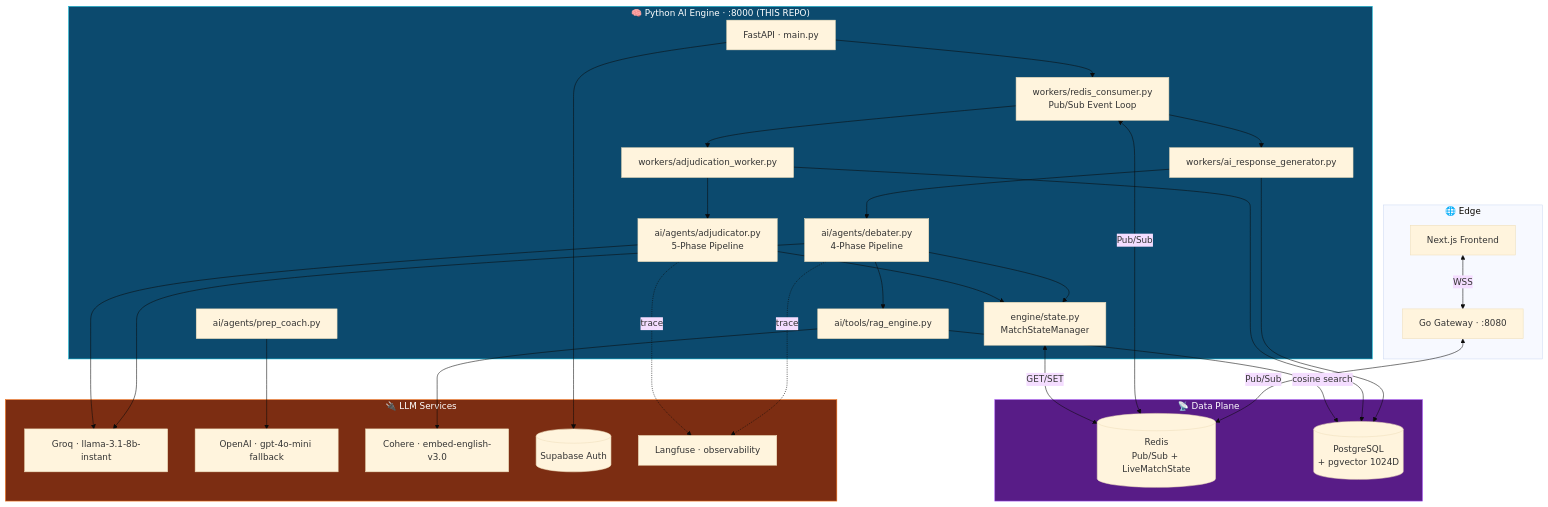
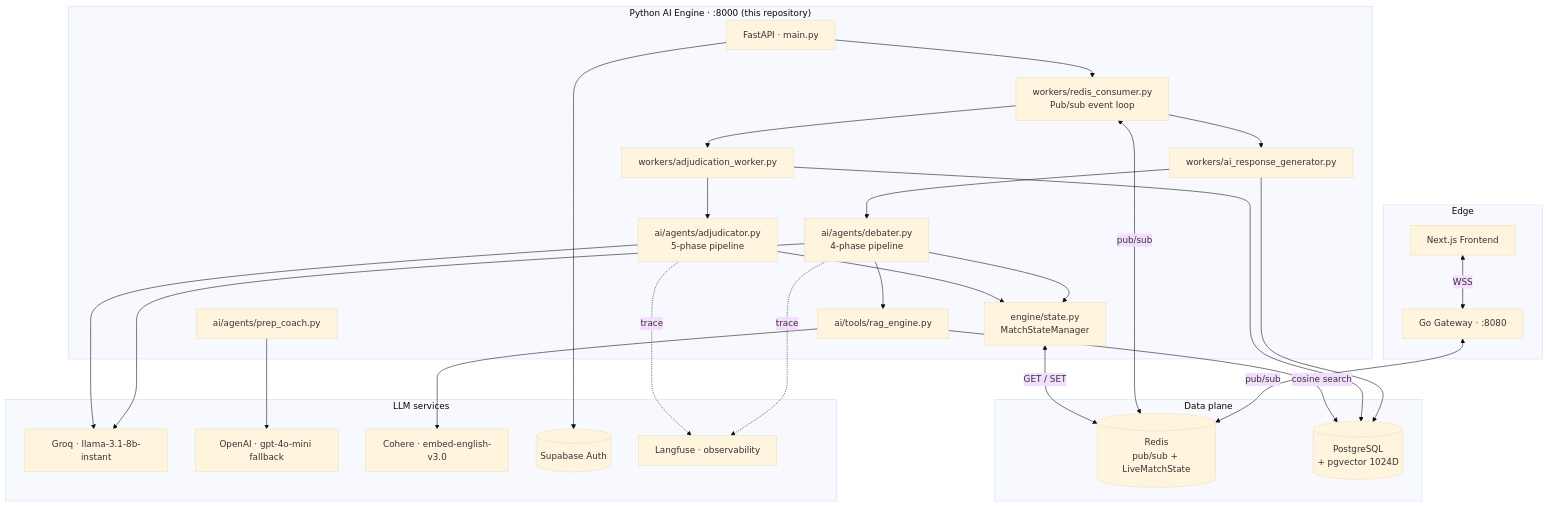
The first of 4 diagrams in readme.md (im-rk/agora-ai-engine), drawn with Mermaid (base theme) before and after one commit. The commit also changed other lines of this file, not shown here.

Commit message:
docs: refactor README with updated architecture overview, service responsibilities, and visual branding.

````diff
--- a/readme.md
+++ b/readme.md
@@ -116,60 +127,56 @@
 ```mermaid
 graph TD
-    subgraph Edge["🌐 Edge"]
+    subgraph Edge["Edge"]
         FE[Next.js Frontend]
         GW[Go Gateway · :8080]
         FE <-->|WSS| GW
     end
 
-    subgraph Engine["🧠 Python AI Engine · :8000 (THIS REPO)"]
+    subgraph Engine["Python AI Engine · :8000 (this repository)"]
         FAPI[FastAPI · main.py]
-        CONS[workers/redis_consumer.py<br/>Pub/Sub Event Loop]
+        CONS[workers/redis_consumer.py<br/>Pub/sub event loop]
         AIRG[workers/ai_response_generator.py]
         ADJW[workers/adjudication_worker.py]
-        DEB[ai/agents/debater.py<br/>4-Phase Pipeline]
-        ADJ[ai/agents/adjudicator.py<br/>5-Phase Pipeline]
+        DEB[ai/agents/debater.py<br/>4-phase pipeline]
+        ADJ[ai/agents/adjudicator.py<br/>5-phase pipeline]
         PREP[ai/agents/prep_coach.py]
         RAG[ai/tools/rag_engine.py]
         STATE[engine/state.py<br/>MatchStateManager]
 
         FAPI --> CONS
         CONS --> AIRG
         CONS --> ADJW
         AIRG --> DEB
         ADJW --> ADJ
         DEB --> RAG
         DEB --> STATE
         ADJ --> STATE
     end
 
-    subgraph DataPlane["📡 Data Plane"]
-        REDIS[(Redis<br/>Pub/Sub + LiveMatchState)]
+    subgraph DataPlane["Data plane"]
+        REDIS[(Redis<br/>pub/sub + LiveMatchState)]
         DB[(PostgreSQL<br/>+ pgvector 1024D)]
     end
 
-    subgraph LLMs["🔌 LLM Services"]
+    subgraph LLMs["LLM services"]
         GROQ[Groq · llama-3.1-8b-instant]
         OAI[OpenAI · gpt-4o-mini fallback]
         COH[Cohere · embed-english-v3.0]
         SB[(Supabase Auth)]
         LF[Langfuse · observability]
     end
 
-    GW <-->|Pub/Sub| REDIS
-    CONS <-->|Pub/Sub| REDIS
-    STATE <-->|GET/SET| REDIS
+    GW <-->|pub/sub| REDIS
+    CONS <-->|pub/sub| REDIS
+    STATE <-->|GET / SET| REDIS
     AIRG --> DB
     ADJW --> DB
     RAG -->|cosine search| DB
     DEB --> GROQ
     PREP --> OAI
     RAG --> COH
     ADJ --> GROQ
     FAPI --> SB
     DEB -.->|trace| LF
     ADJ -.->|trace| LF
-
-    style Engine fill:#0c4a6e,stroke:#06b6d4,color:#fff
-    style DataPlane fill:#581c87,stroke:#a855f7,color:#fff
-    style LLMs fill:#7c2d12,stroke:#f97316,color:#fff
 ```
````
